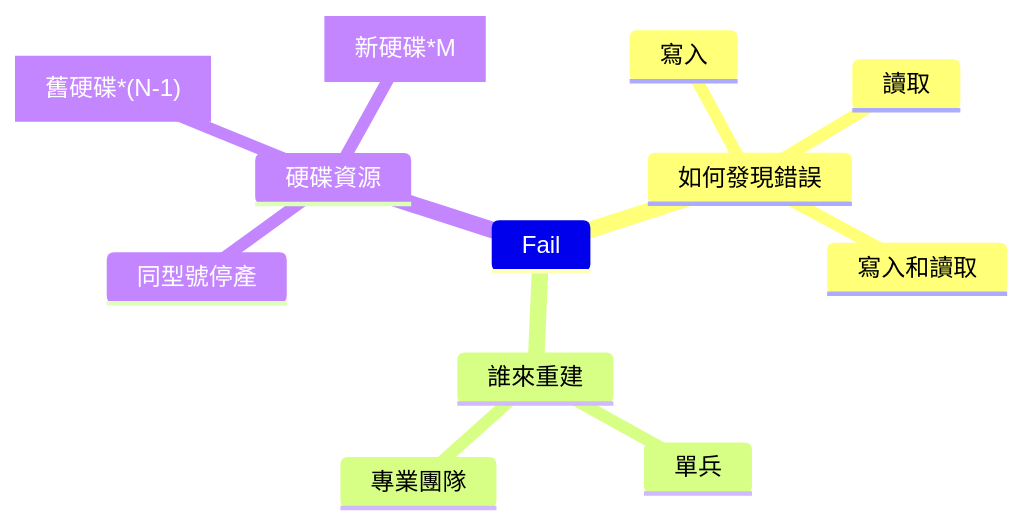
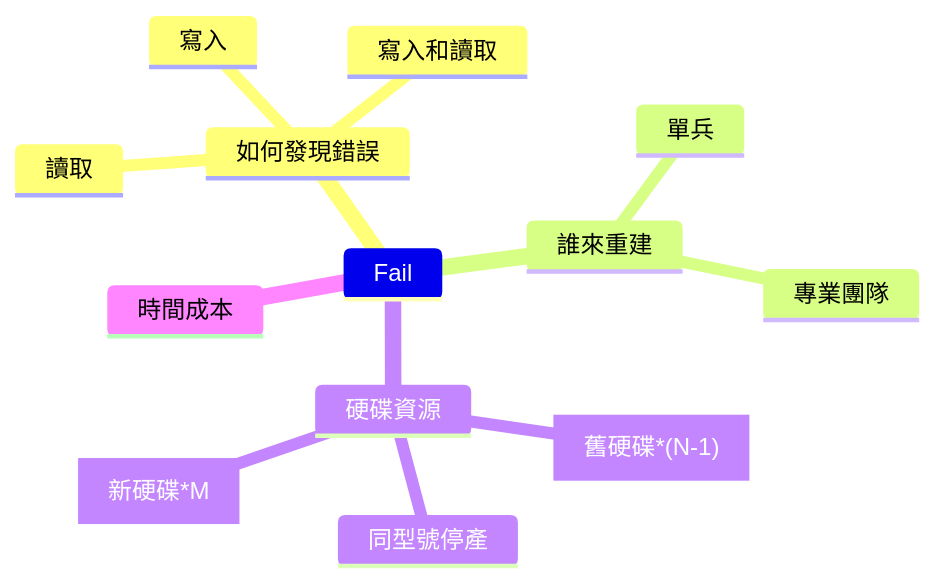
One commit to lankahsu520/HelperX changed the second of 2 diagrams in helper_BackupAndRAID.md. Above: the diagram before and after it, drawn with Mermaid. The commit also changed other lines of this file, not shown here.

````diff
--- a/helper_BackupAndRAID.md
+++ b/helper_BackupAndRAID.md
@@ -64,17 +66,17 @@
 ```mermaid
 mindmap
 	Fail
 		如何發現錯誤
 			寫入
 			讀取
 			寫入和讀取
 		誰來重建
 			單兵
 			專業團隊
 		硬碟資源
 			同型號停產
 			舊硬碟處置["舊硬碟*(N-1)"]
 			新硬碟準備["新硬碟*M"]
-			
+		時間成本	
 
 ```
````
